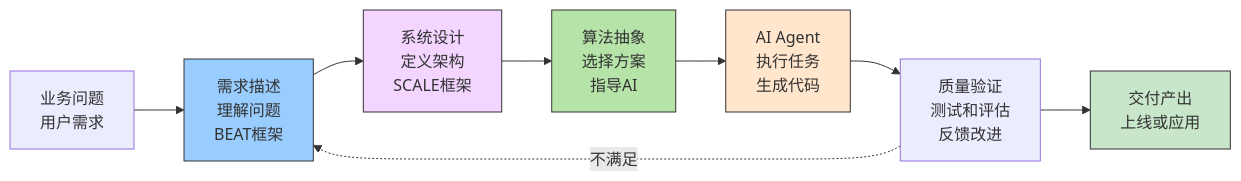
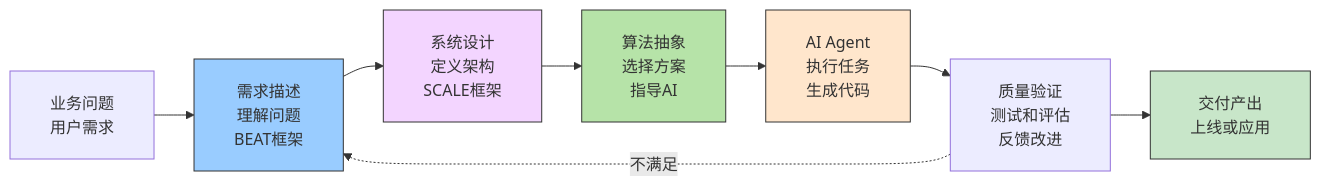
Before and after one commit to microwind/algorithms: the second of 4 diagrams in start-here/Why-Programmers-35-Plus-Are-Thriving-in-AI-Era.md, drawn with Mermaid. The commit also changed other lines of this file and 3 other files, not shown here.

````diff
--- a/start-here/Why-Programmers-35-Plus-Are-Thriving-in-AI-Era.md
+++ b/start-here/Why-Programmers-35-Plus-Are-Thriving-in-AI-Era.md
@@ -139,21 +120,22 @@
 ```mermaid
+%%{init: {'flowchart': {'nodeSpacing': 40, 'rankSpacing': 40, 'padding': 20}}}%%
 graph LR
     A["业务问题<br/>用户需求"] --> B["需求描述<br/>理解问题<br/>BEAT框架"]
 
     B --> C["系统设计<br/>定义架构<br/>SCALE框架"]
 
     C --> D["算法抽象<br/>选择方案<br/>指导AI"]
 
     D --> E["AI Agent<br/>执行任务<br/>生成代码"]
 
     E --> F["质量验证<br/>测试和评估<br/>反馈改进"]
 
     F -.不满足.-> B
     F --> G["交付产出<br/>上线或应用"]
 
     style B fill:#99ccff,stroke:#333,stroke-width:1px
     style C fill:#f3d5ff,stroke:#333,stroke-width:1px
     style D fill:#b6e3a8,stroke:#333,stroke-width:1px
     style E fill:#ffe6cc,stroke:#333,stroke-width:1px
     style G fill:#c8e6c9,stroke:#333,stroke-width:1px
 ```
````
